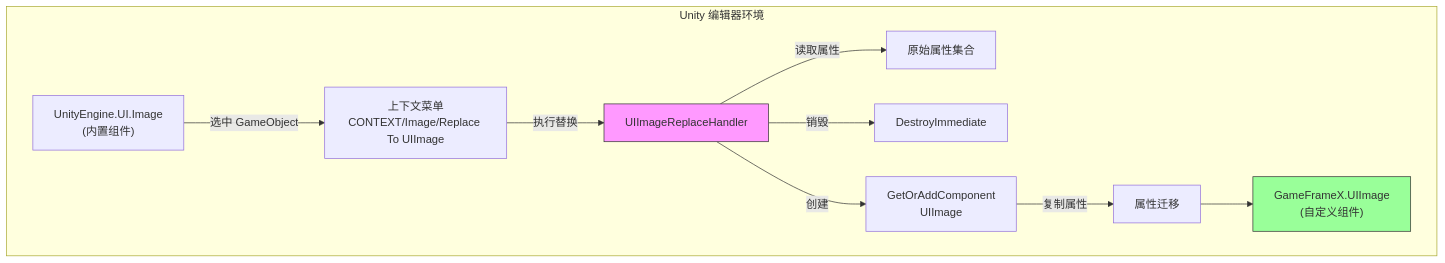
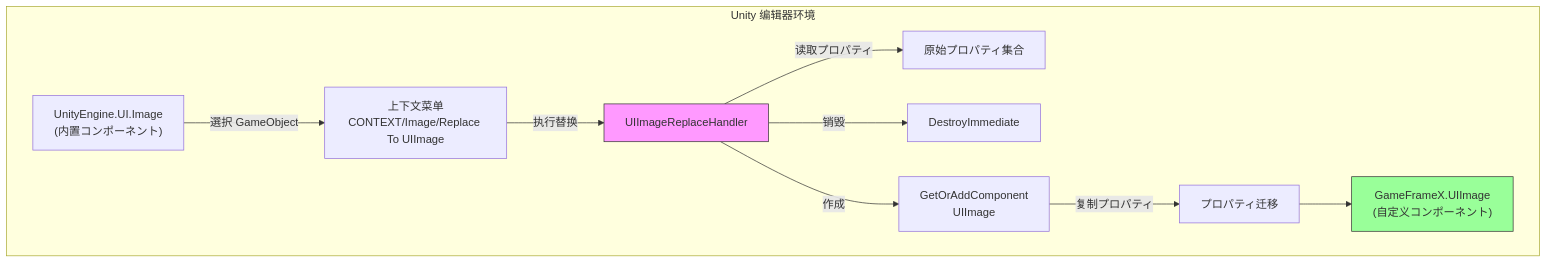
The first of 2 diagrams in docs/ja/client/unity/component/ui-ugui/15.image-replace.md (AlianBlank/GameFrameX.Docs), drawn with Mermaid before and after one commit. The commit also changed other lines of this file and 603 other files, not shown here.

````diff
--- a/docs/ja/client/unity/component/ui-ugui/15.image-replace.md
+++ b/docs/ja/client/unity/component/ui-ugui/15.image-replace.md
@@ -27,15 +27,15 @@
 ```mermaid
 graph TD
     subgraph UnityEditor["Unity 编辑器环境"]
-        Image["UnityEngine.UI.Image\n(内置组件)"] -->|选中 GameObject| ContextMenu["上下文菜单\nCONTEXT/Image/Replace To UIImage"]
+        Image["UnityEngine.UI.Image\n(内置コンポーネント)"] -->|選択 GameObject| ContextMenu["上下文菜单\nCONTEXT/Image/Replace To UIImage"]
         ContextMenu -->|执行替换| Handler["UIImageReplaceHandler"]
-        Handler -->|读取属性| ImageProps["原始属性集合"]
+        Handler -->|读取プロパティ| ImageProps["原始プロパティ集合"]
         Handler -->|销毁| Destroy["DestroyImmediate"]
-        Handler -->|创建| Add["GetOrAddComponent\nUIImage"]
-        Add -->|复制属性| CopyProps["属性迁移"]
-        CopyProps --> UIImage["GameFrameX.UIImage\n(自定义组件)"]
+        Handler -->|作成| Add["GetOrAddComponent\nUIImage"]
+        Add -->|复制プロパティ| CopyProps["プロパティ迁移"]
+        CopyProps --> UIImage["GameFrameX.UIImage\n(自定义コンポーネント)"]
     end
     
     style Handler fill:#f9f,stroke:#333
     style UIImage fill:#9f9,stroke:#333
 ```
````
